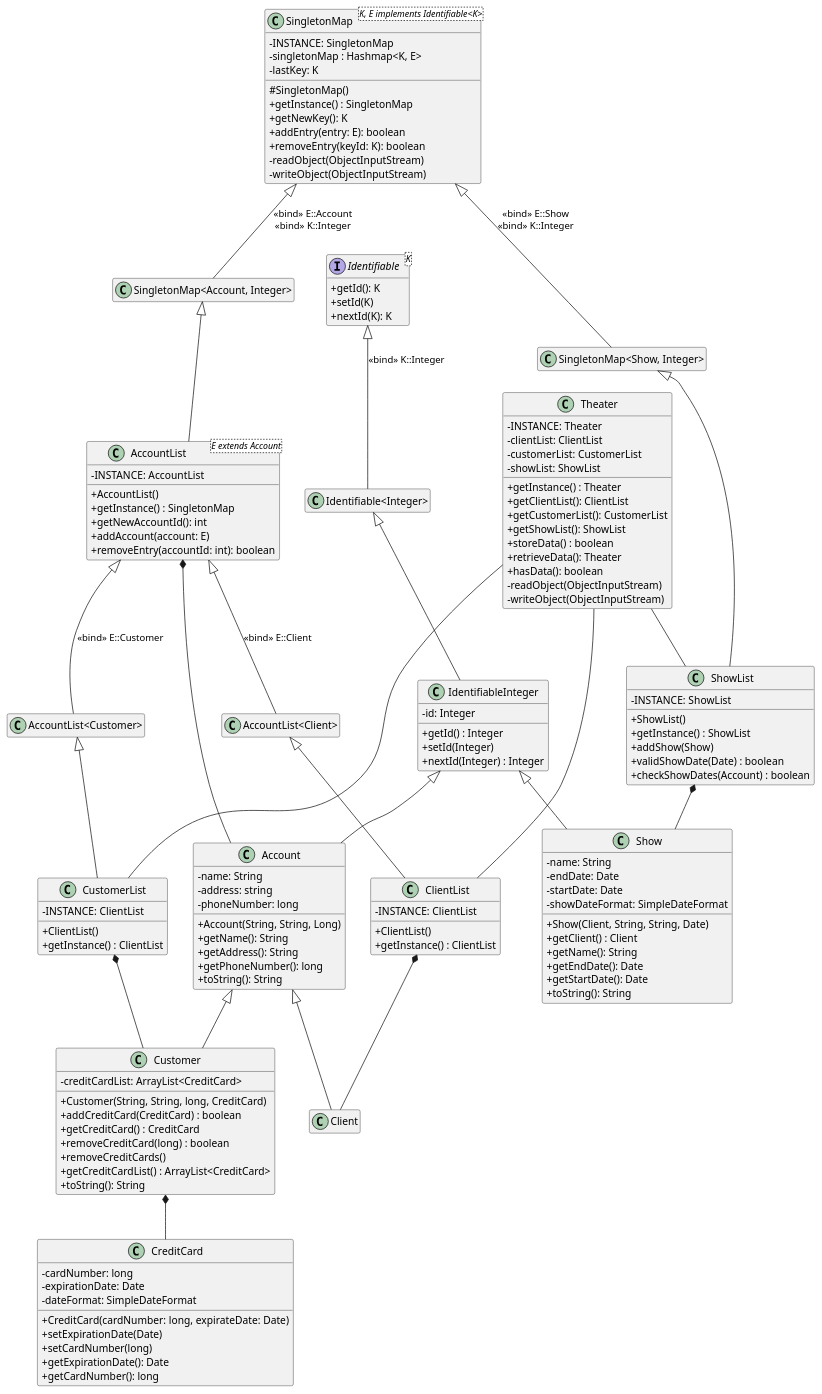
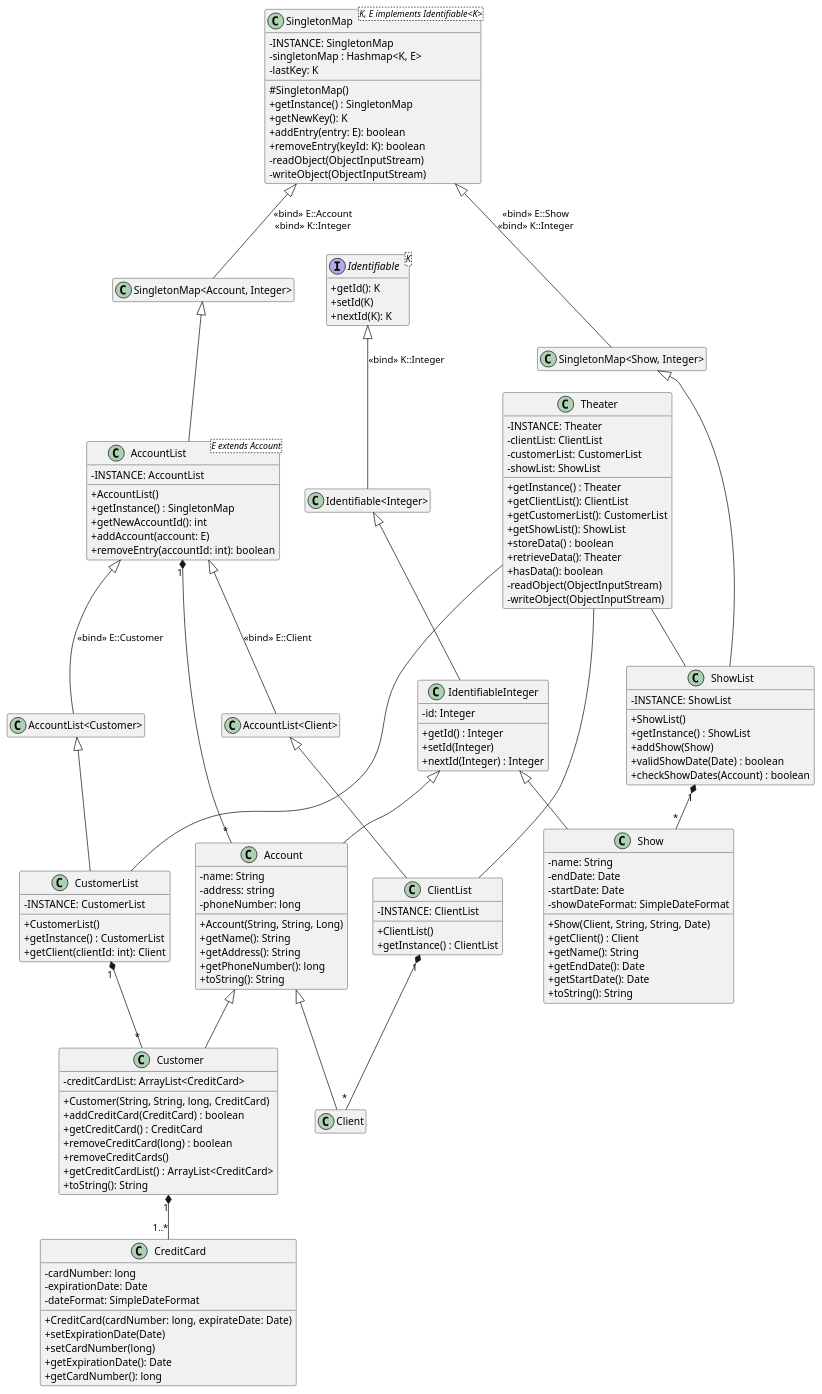
The diagram in src/UML.pu (FreezeWarp/372Groupwork), drawn with PlantUML before and after one commit. The commit also changed 3 other files, not shown here.

Commit message:
Minor UML and LoadState SD fixes

```diff
--- a/src/UML.pu
+++ b/src/UML.pu
@@ -1,152 +1,152 @@
 @startuml
 skinparam classAttributeIconSize 0
 hide empty members
 
 class SingletonMap<K, E implements Identifiable<K>> {
     -INSTANCE: SingletonMap
     -singletonMap : Hashmap<K, E>
     -lastKey: K
     #SingletonMap()
     +getInstance() : SingletonMap
     +getNewKey(): K
     +addEntry(entry: E): boolean
     +removeEntry(keyId: K): boolean
     -readObject(ObjectInputStream)
     -writeObject(ObjectInputStream)
 }
 
 class AccountList<E extends Account> {
     -INSTANCE: AccountList
     +AccountList()
     +getInstance() : SingletonMap
     +getNewAccountId(): int
     +addAccount(account: E)
     +removeEntry(accountId: int): boolean
 }
 
 class ClientList {
     -INSTANCE: ClientList
     +ClientList()
     +getInstance() : ClientList
 }
 
 class CustomerList {
-    -INSTANCE: ClientList
-    +ClientList()
-    +getInstance() : ClientList
+    -INSTANCE: CustomerList
+    +CustomerList()
+    +getInstance() : CustomerList
+    +getClient(clientId: int): Client
 }
 
 class ShowList {
     -INSTANCE: ShowList
     +ShowList()
     +getInstance() : ShowList
     +addShow(Show)
     +validShowDate(Date) : boolean
     +checkShowDates(Account) : boolean
-
 }
 
 interface Identifiable<K> {
     +getId(): K
     +setId(K)
     +nextId(K): K
 }
 
 class IdentifiableInteger {
     -id: Integer
     +getId() : Integer
     +setId(Integer)
     +nextId(Integer) : Integer
      
 }
 
 class Account {
     -name: String
     -address: string
     -phoneNumber: long
     +Account(String, String, Long)
     +getName(): String
     +getAddress(): String
     +getPhoneNumber(): long
     +toString(): String
 }
 
 class Customer {
     -creditCardList: ArrayList<CreditCard>
     +Customer(String, String, long, CreditCard)
     +addCreditCard(CreditCard) : boolean
     +getCreditCard() : CreditCard
     +removeCreditCard(long) : boolean
     +removeCreditCards()
     +getCreditCardList() : ArrayList<CreditCard>
     +toString(): String
 }
 
 class Show {
     -name: String
     -endDate: Date
     -startDate: Date
     -showDateFormat: SimpleDateFormat
     +Show(Client, String, String, Date)
     +getClient() : Client
     +getName(): String
     +getEndDate(): Date
     +getStartDate(): Date
     +toString(): String
 }
 
 class Theater {
     -INSTANCE: Theater
     -clientList: ClientList
     -customerList: CustomerList
     -showList: ShowList
     +getInstance() : Theater
     +getClientList(): ClientList
     +getCustomerList(): CustomerList
     +getShowList(): ShowList
     +storeData() : boolean
     +retrieveData(): Theater
     +hasData(): boolean
     -readObject(ObjectInputStream)
     -writeObject(ObjectInputStream)
 }
 
 class CreditCard {
     -cardNumber: long
     -expirationDate: Date
     -dateFormat: SimpleDateFormat
     +CreditCard(cardNumber: long, expirateDate: Date)
     +setExpirationDate(Date)
     +setCardNumber(long)
     +getExpirationDate(): Date
     +getCardNumber(): long
 }
 
 Theater -- "ClientList"
 Theater -- "CustomerList"
 Theater -- "ShowList"
 
 "Identifiable" <|-- "Identifiable<Integer>" : "«bind» K::Integer"
 "Identifiable<Integer>" <|-- "IdentifiableInteger"
 SingletonMap <|-- "SingletonMap<Account, Integer>" : "«bind» E::Account\n«bind» K::Integer"
 SingletonMap <|-- "SingletonMap<Show, Integer>" : "«bind» E::Show\n«bind» K::Integer"
 "SingletonMap<Account, Integer>" <|-- AccountList
 "SingletonMap<Show, Integer>" <|-- ShowList
 AccountList <|-- "AccountList<Client>" : "«bind» E::Client"
 AccountList <|-- "AccountList<Customer>" : "«bind» E::Customer"
 "AccountList<Client>" <|-- ClientList
 "AccountList<Customer>" <|-- CustomerList
 
 IdentifiableInteger <|-- Account
 IdentifiableInteger <|-- Show
 
 Account <|-- Client
 Account <|-- Customer
 
-AccountList *-- Account
-ClientList *-- Client
-CustomerList *-- Customer
-ShowList *-- Show
+AccountList "1" *-- "*" Account
+ClientList "1" *-- "*" Client
+CustomerList "1" *-- "*" Customer
+ShowList "1" *-- "*" Show
 
-Customer *-- CreditCard
+Customer "1" *-- "1..*" CreditCard
 @enduml
```
